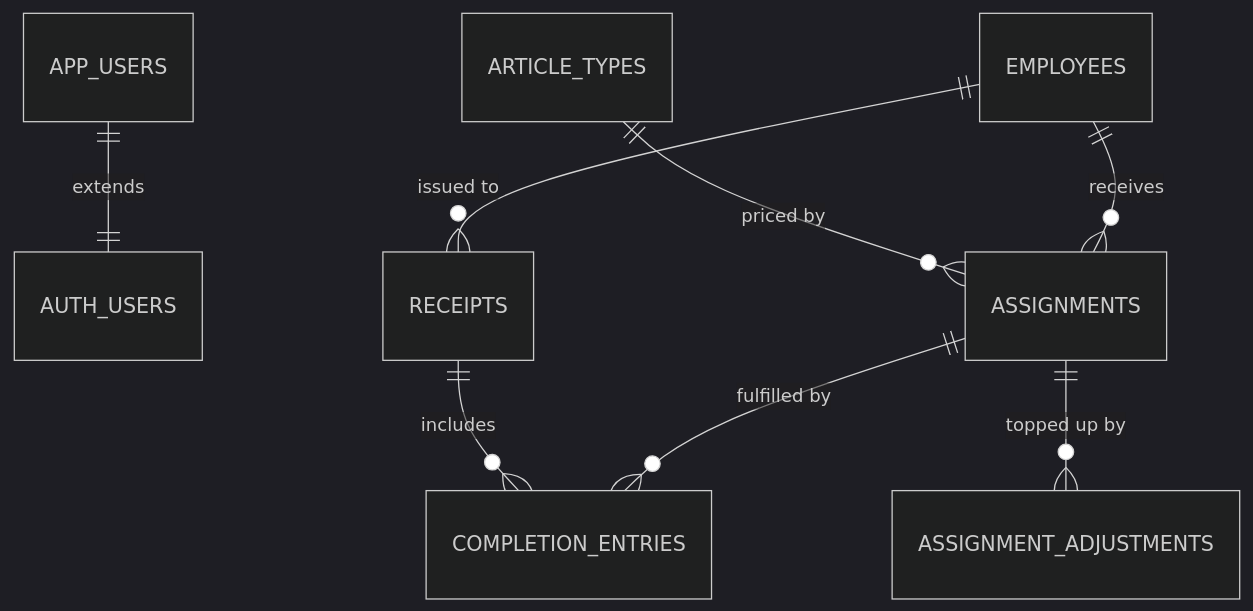
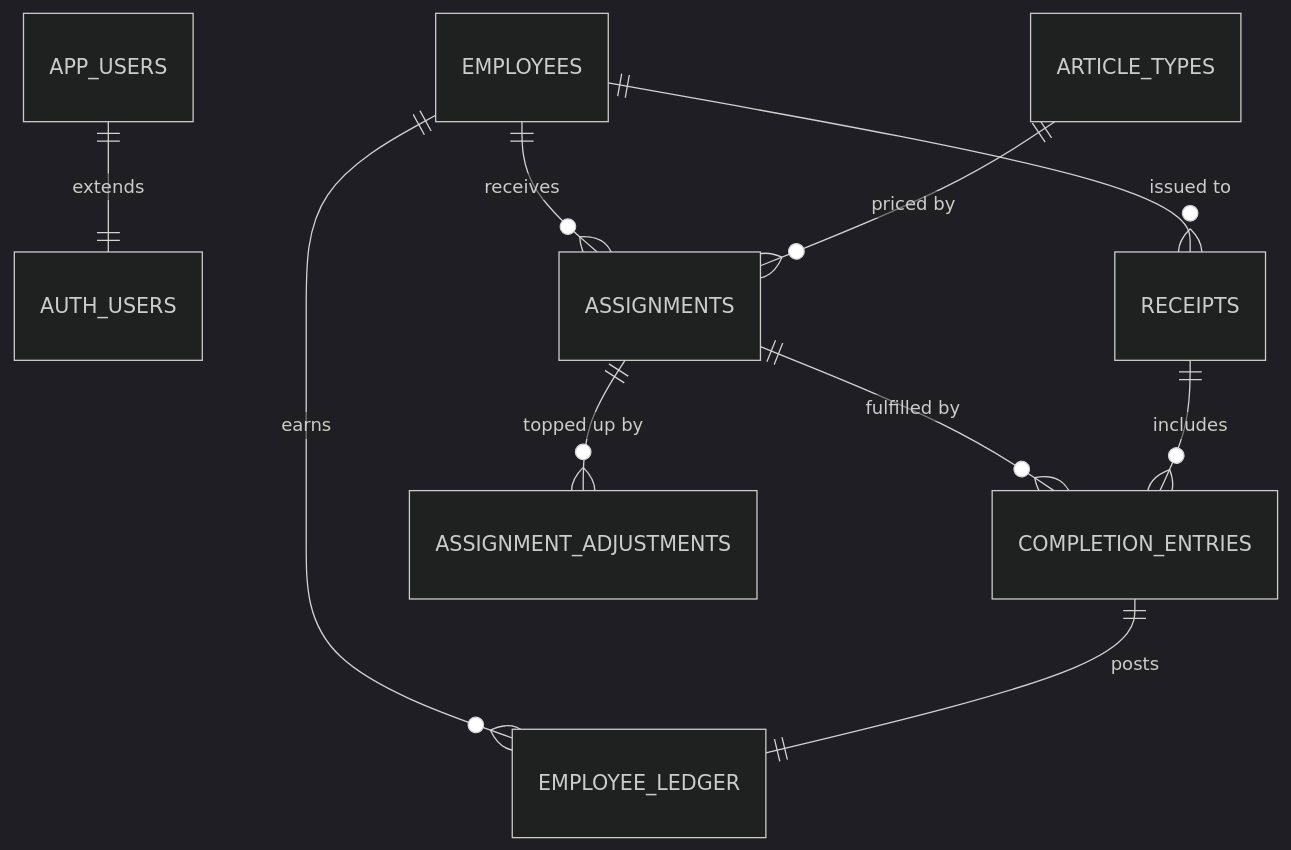
The first of 2 diagrams in PRD.md (zavial264/inventory-system), drawn with Mermaid (dark theme) before and after one commit. The commit also changed other lines of this file and 26 other files, not shown here.

````diff
--- a/PRD.md
+++ b/PRD.md
@@ -243,10 +264,12 @@
 ```mermaid
 erDiagram
     APP_USERS ||--|| AUTH_USERS : "extends"
     EMPLOYEES ||--o{ ASSIGNMENTS : "receives"
     ARTICLE_TYPES ||--o{ ASSIGNMENTS : "priced by"
     ASSIGNMENTS ||--o{ COMPLETION_ENTRIES : "fulfilled by"
     ASSIGNMENTS ||--o{ ASSIGNMENT_ADJUSTMENTS : "topped up by"
     EMPLOYEES ||--o{ RECEIPTS : "issued to"
     RECEIPTS ||--o{ COMPLETION_ENTRIES : "includes"
+    EMPLOYEES ||--o{ EMPLOYEE_LEDGER : "earns"
+    COMPLETION_ENTRIES ||--|| EMPLOYEE_LEDGER : "posts"
 ```
````
